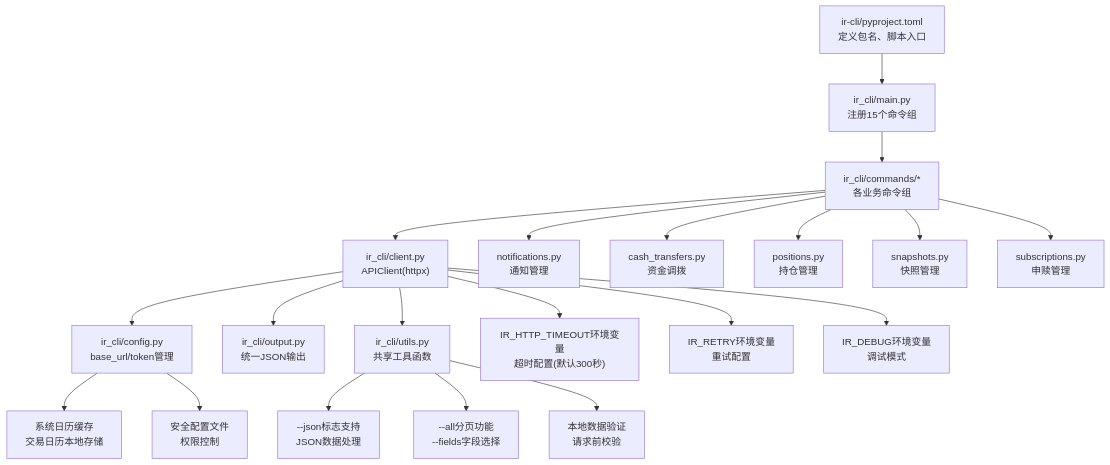
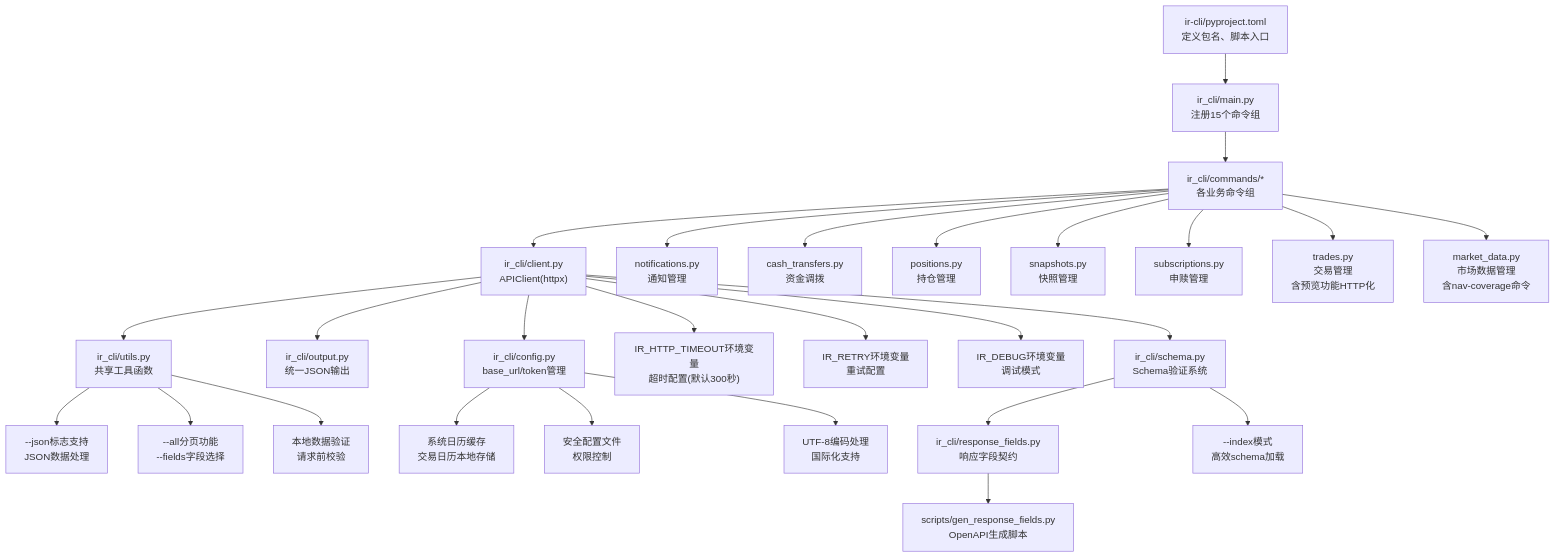
Before and after one commit to gujialind/InvestRing: the first of 9 diagrams in .qoder/repowiki/zh/content/开发指南/InvestRing HTTP客户端CLI工具.md, drawn with Mermaid. The commit also changed other lines of this file and 19 other files, not shown here.

````diff
--- a/.qoder/repowiki/zh/content/开发指南/InvestRing HTTP客户端CLI工具.md
+++ b/.qoder/repowiki/zh/content/开发指南/InvestRing HTTP客户端CLI工具.md
@@ -68,22 +86,29 @@
 ```mermaid
 graph TB
 A["ir-cli/pyproject.toml<br/>定义包名、脚本入口"] --> B["ir_cli/main.py<br/>注册15个命令组"]
 B --> C["ir_cli/commands/*<br/>各业务命令组"]
 C --> D["ir_cli/client.py<br/>APIClient(httpx)"]
 D --> E["ir_cli/config.py<br/>base_url/token管理"]
 D --> F["ir_cli/output.py<br/>统一JSON输出"]
 D --> G["ir_cli/utils.py<br/>共享工具函数"]
 D --> H["IR_HTTP_TIMEOUT环境变量<br/>超时配置(默认300秒)"]
 D --> I["IR_RETRY环境变量<br/>重试配置"]
 D --> J["IR_DEBUG环境变量<br/>调试模式"]
 C --> K["notifications.py<br/>通知管理"]
 C --> L["cash_transfers.py<br/>资金调拨"]
 C --> M["positions.py<br/>持仓管理"]
 C --> N["snapshots.py<br/>快照管理"]
 C --> O["subscriptions.py<br/>申赎管理"]
-G --> P["--json标志支持<br/>JSON数据处理"]
-G --> Q["--all分页功能<br/>--fields字段选择"]
-G --> R["本地数据验证<br/>请求前校验"]
-E --> S["系统日历缓存<br/>交易日历本地存储"]
-E --> T["安全配置文件<br/>权限控制"]
+C --> P["trades.py<br/>交易管理<br/>含预览功能HTTP化"]
+G --> Q["--json标志支持<br/>JSON数据处理"]
+G --> R["--all分页功能<br/>--fields字段选择"]
+G --> S["本地数据验证<br/>请求前校验"]
+E --> T["系统日历缓存<br/>交易日历本地存储"]
+E --> U["安全配置文件<br/>权限控制"]
+E --> V["UTF-8编码处理<br/>国际化支持"]
+C --> W["market_data.py<br/>市场数据管理<br/>含nav-coverage命令"]
+D --> X["ir_cli/schema.py<br/>Schema验证系统"]
+X --> Y["ir_cli/response_fields.py<br/>响应字段契约"]
+Y --> Z["scripts/gen_response_fields.py<br/>OpenAPI生成脚本"]
+X --> AA["--index模式<br/>高效schema加载"]
 ```
````
